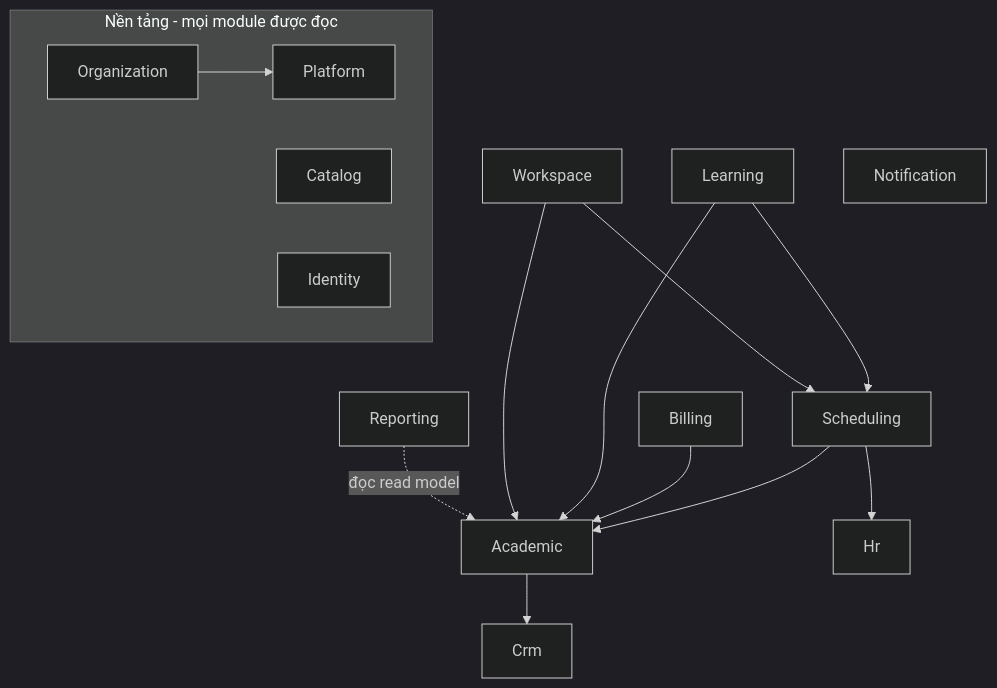
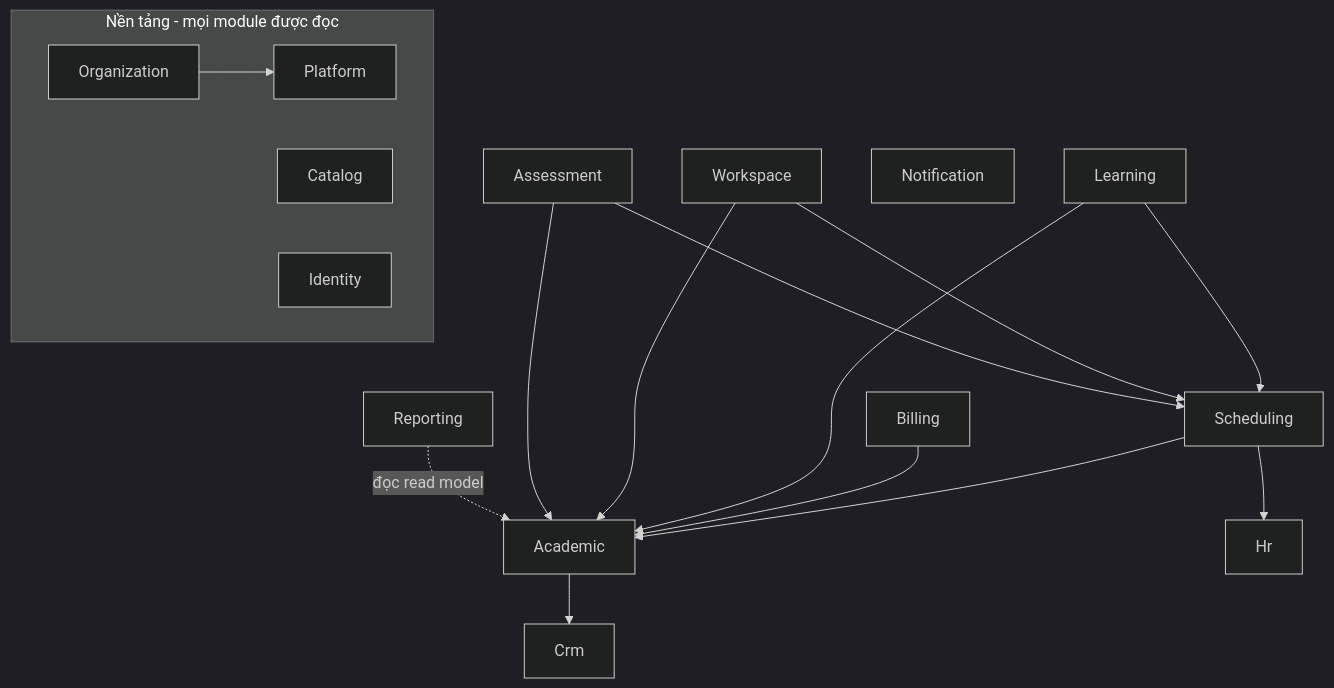
Before and after one commit to CDV00/konnyaku: the second of 3 diagrams in docs/06-evolution-strategy.md, drawn with Mermaid (dark theme). The commit also changed other lines of this file and 52 other files, not shown here.

````diff
--- a/docs/06-evolution-strategy.md
+++ b/docs/06-evolution-strategy.md
@@ -47,20 +48,22 @@
 ```mermaid
 flowchart TD
   subgraph Foundation[Nền tảng - mọi module được đọc]
     Platform
     Organization --> Platform
     Catalog
     Identity
   end
   Crm
   Academic --> Crm
   Scheduling --> Academic
   Scheduling --> Hr
   Billing --> Academic
   Learning --> Scheduling
   Learning --> Academic
   Workspace --> Scheduling
   Workspace --> Academic
   Notification
+  Assessment --> Academic
+  Assessment --> Scheduling
   Reporting -.->|đọc read model| Academic
 ```
````
